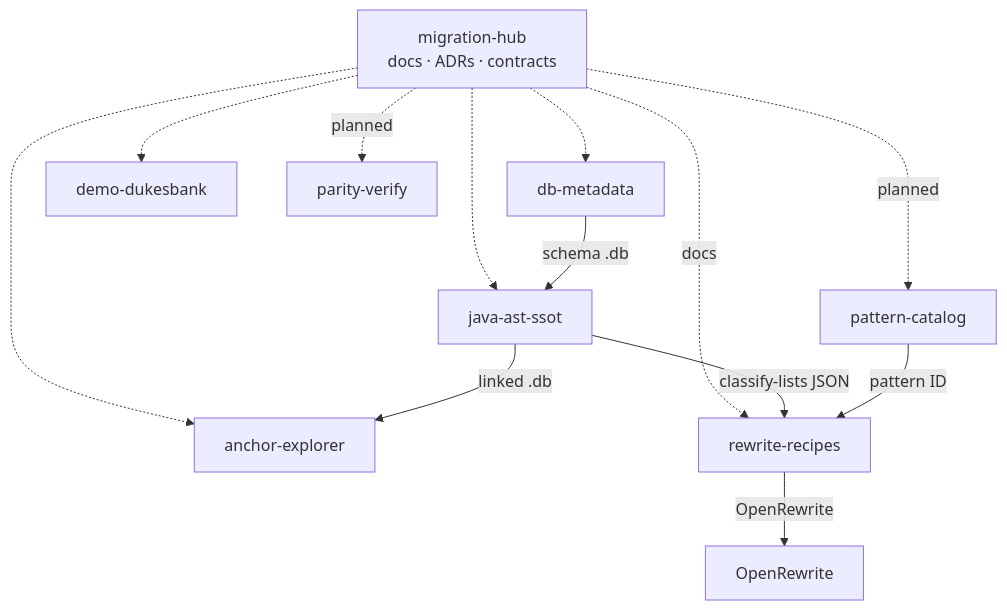
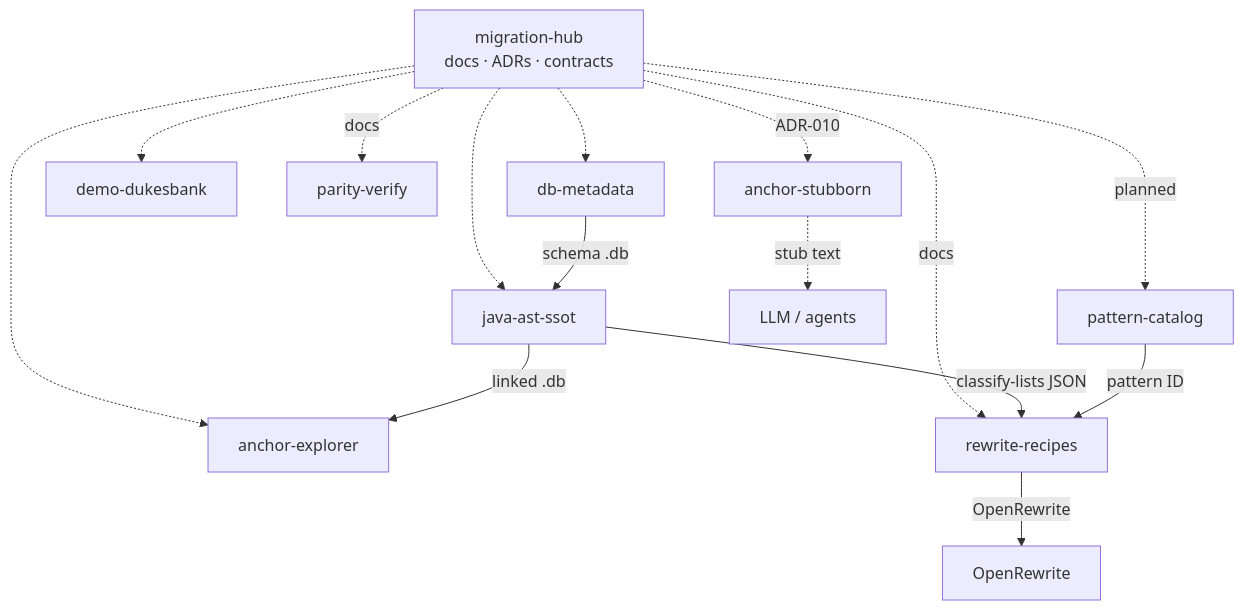
Before and after one commit to anchor-migration/migration-hub: the third of 5 diagrams in docs/ARCHITECTURE.md, drawn with Mermaid. The commit also changed other lines of this file and 7 other files, not shown here.

First line of the commit message:
Document anchor-stubborn as horizontal capability via ADR-010

````diff
--- a/docs/ARCHITECTURE.md
+++ b/docs/ARCHITECTURE.md
@@ -123,28 +123,31 @@
 ```mermaid
 flowchart TB
   HUB["migration-hub<br/>docs · ADRs · contracts"]
 
   HUB -.-> DM
   HUB -.-> JA
   HUB -.-> AE
   HUB -.-> DEMO
 
   DM[db-metadata]
   JA[java-ast-ssot]
   AE[anchor-explorer]
   DEMO[demo-dukesbank]
 
   RR[rewrite-recipes]
   PV[parity-verify]
   PC[pattern-catalog]
+  AS[anchor-stubborn]
 
   HUB -.->|"docs"| RR
-  HUB -.->|"planned"| PV
+  HUB -.->|"docs"| PV
+  HUB -.->|"ADR-010"| AS
   HUB -.->|"planned"| PC
 
   DM -->|"schema .db"| JA
   JA -->|"linked .db"| AE
   JA -->|"classify-lists JSON"| RR
   RR -->|"OpenRewrite"| ORW[OpenRewrite]
   PC -->|"pattern ID"| RR
+  AS -.->|"stub text"| LLM[LLM / agents]
 ```
````
